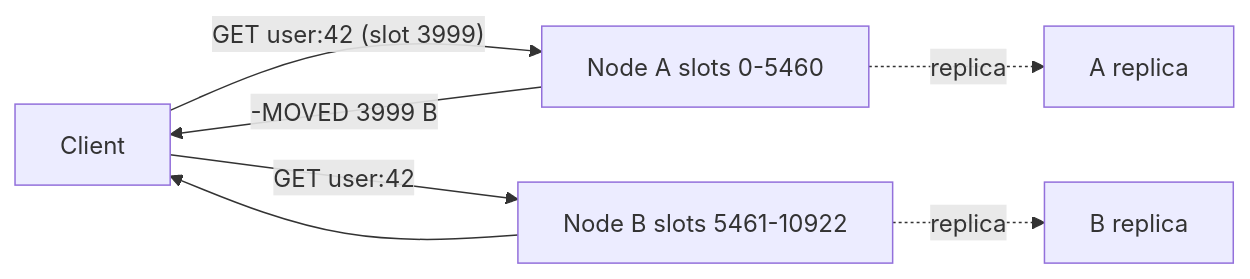
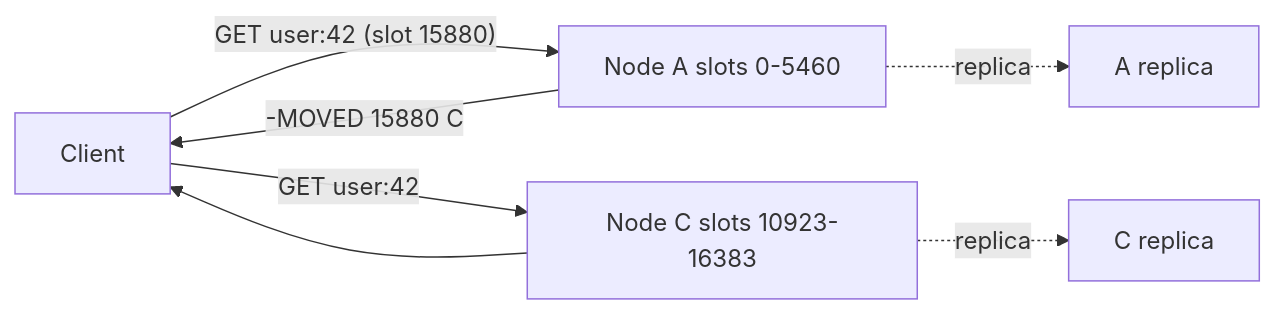
The diagram in content/tracks/07-databases/03-nosql-and-specialised/01-key-value-stores-and-redis.md (thull32/ascend), drawn with Mermaid before and after one commit. The commit also changed other lines of this file and 23 other files, not shown here.

````diff
--- a/content/tracks/07-databases/03-nosql-and-specialised/01-key-value-stores-and-redis.md
+++ b/content/tracks/07-databases/03-nosql-and-specialised/01-key-value-stores-and-redis.md
@@ -136,9 +235,9 @@
 ```mermaid
 flowchart LR
-  C["Client"] -->|"GET user:42 (slot 3999)"| A["Node A slots 0-5460"]
-  A -->|"-MOVED 3999 B"| C
-  C -->|"GET user:42"| B["Node B slots 5461-10922"]
-  B --> C
+  C["Client"] -->|"GET user:42 (slot 15880)"| A["Node A slots 0-5460"]
+  A -->|"-MOVED 15880 C"| C
+  C -->|"GET user:42"| N3["Node C slots 10923-16383"]
+  N3 --> C
   A -.replica.-> A2["A replica"]
-  B -.replica.-> B2["B replica"]
+  N3 -.replica.-> C2["C replica"]
 ```
````
